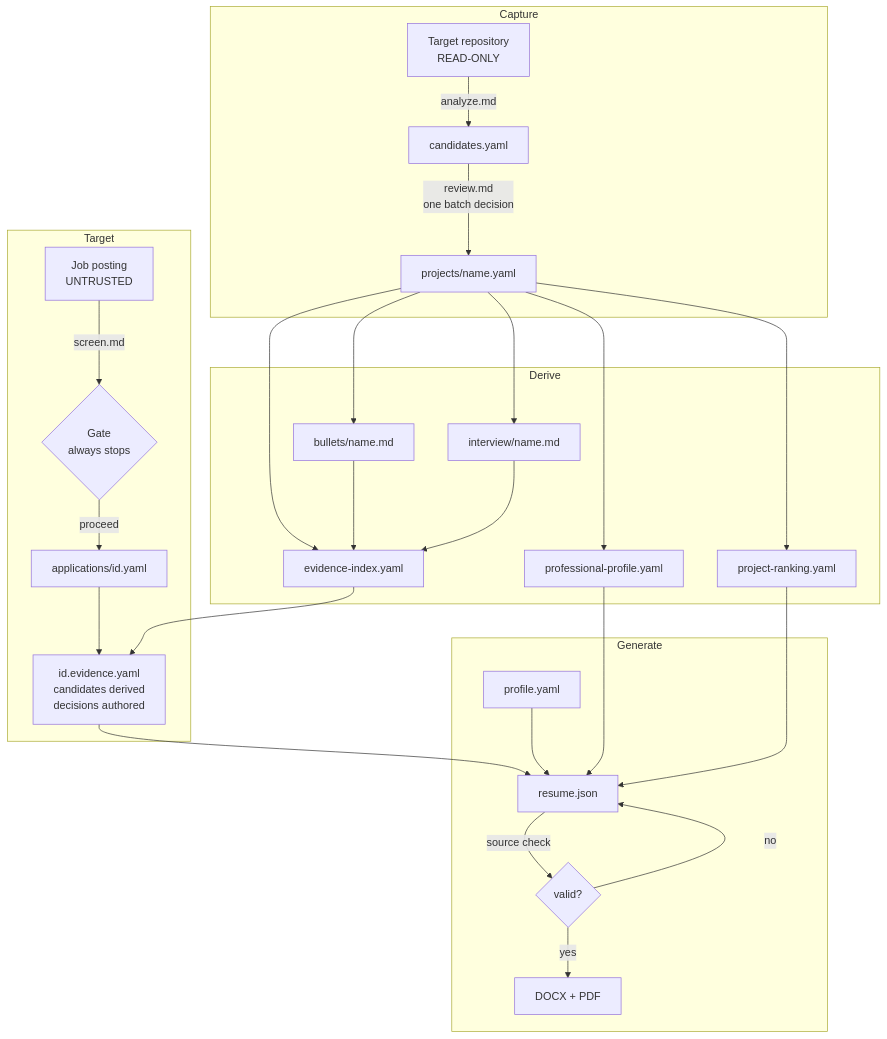
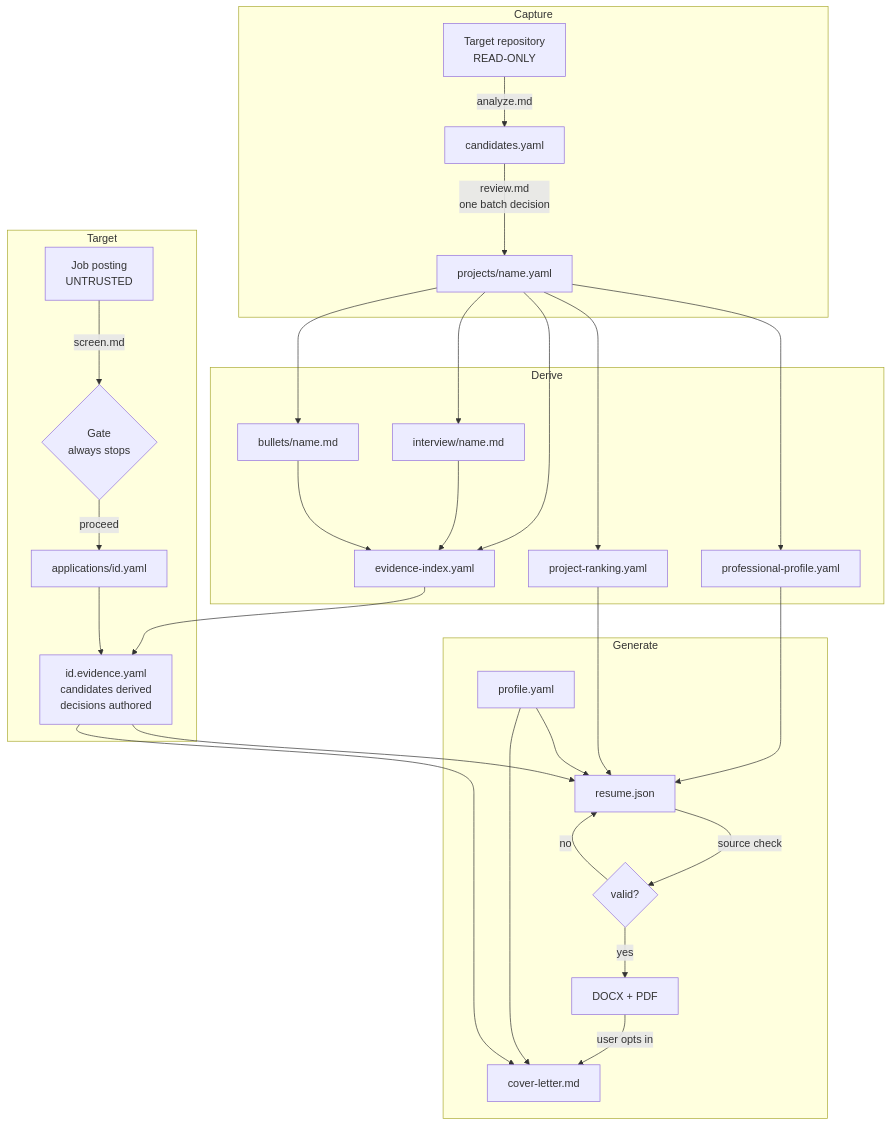
The diagram in docs/architecture.md (AymanYehia23/ekb-toolkit), drawn with Mermaid before and after one commit. The commit also changed other lines of this file and 12 other files, not shown here.

Commit message:
Add evidence-bound cover letter workflow

````diff
--- a/docs/architecture.md
+++ b/docs/architecture.md
@@ -104,35 +105,38 @@
 ```mermaid
 flowchart TD
     subgraph capture [Capture]
       R[Target repository<br/>READ-ONLY] -->|analyze.md| C[candidates.yaml]
       C -->|review.md<br/>one batch decision| K[projects/name.yaml]
     end
 
     subgraph derive [Derive]
       K --> PP[professional-profile.yaml]
       K --> RK[project-ranking.yaml]
       K --> IX[evidence-index.yaml]
       B[bullets/name.md] --> IX
       I[interview/name.md] --> IX
     end
 
     subgraph target [Target]
       J[Job posting<br/>UNTRUSTED] -->|screen.md| G{Gate<br/>always stops}
       G -->|proceed| A[applications/id.yaml]
       A --> SL[id.evidence.yaml<br/>candidates derived<br/>decisions authored]
       IX --> SL
     end
 
     subgraph generate [Generate]
       SL --> M[resume.json]
       PR[profile.yaml] --> M
       PP --> M
       RK --> M
       M -->|source check| V{valid?}
       V -->|yes| D[DOCX + PDF]
       V -->|no| M
+      D -->|user opts in| CL[cover-letter.md]
+      SL --> CL
+      PR --> CL
     end
 
     K --> I
     K --> B
 ```
````
